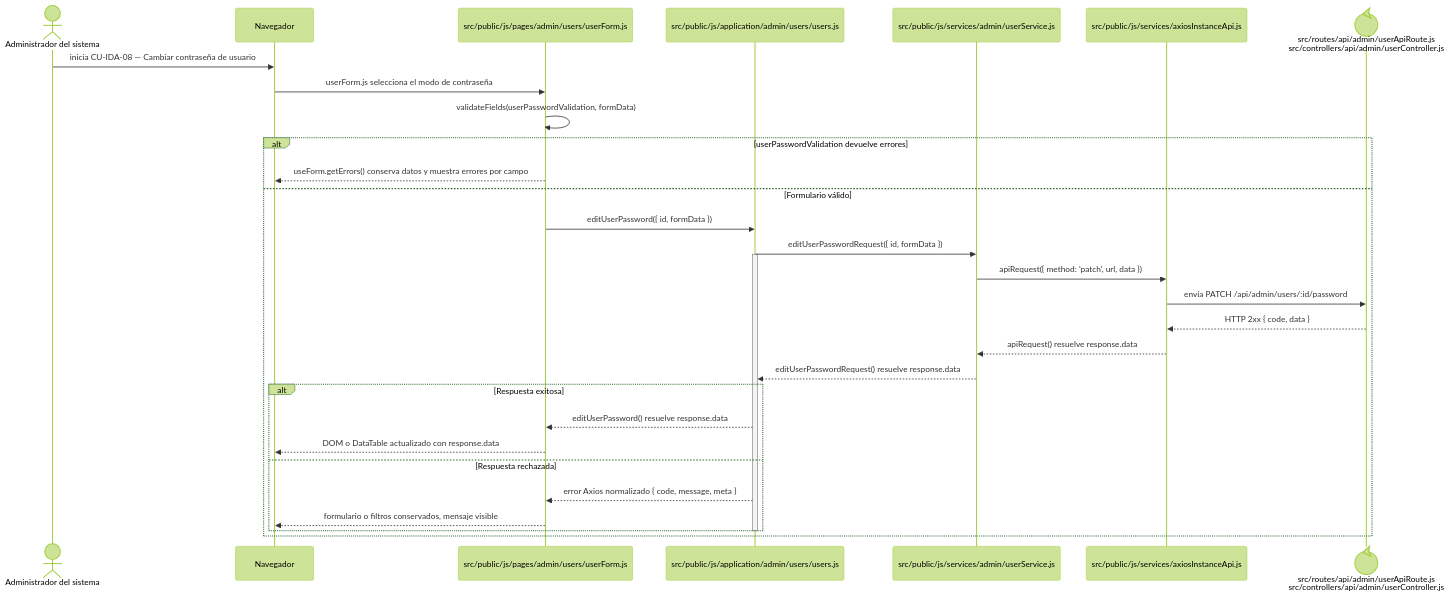
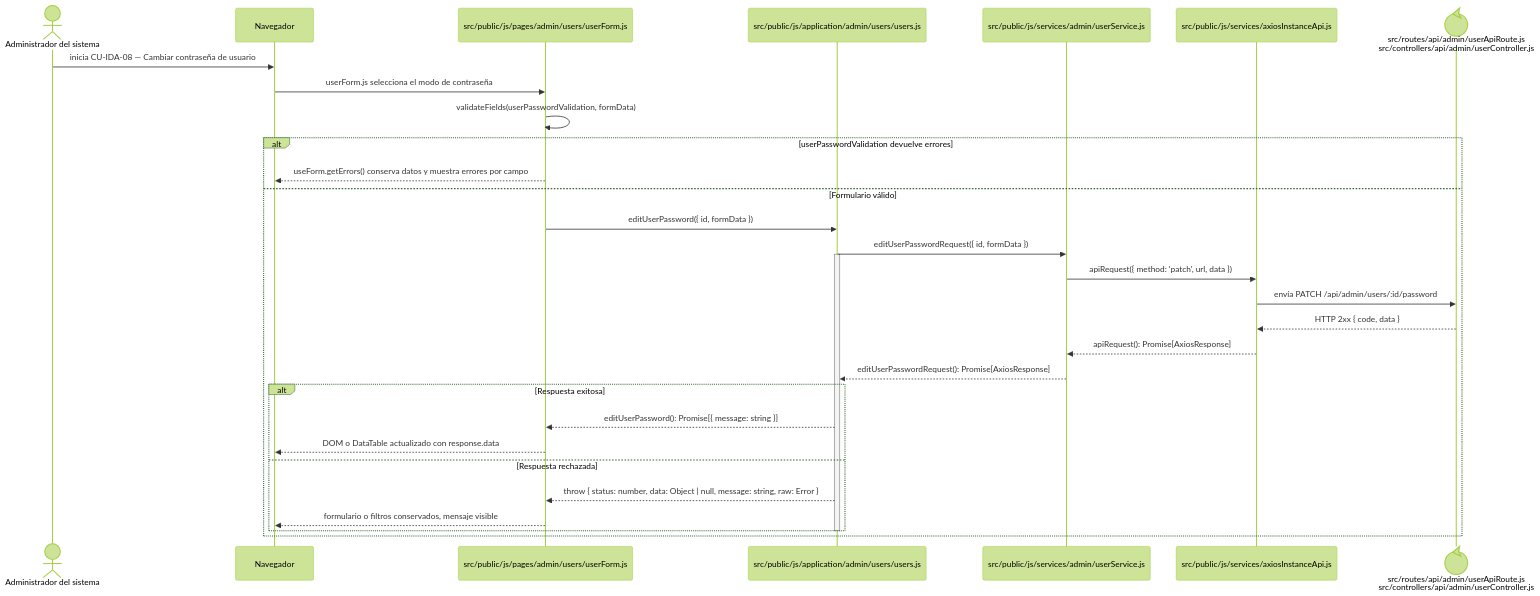
Before and after one commit to gpgsistemas01/nexus: the diagram in docs/architecture/frontend-code-sequences/identity-access/cu-ida-08.md, drawn with Mermaid (forest theme). The commit also changed 146 other files, not shown here.

````diff
--- a/docs/architecture/frontend-code-sequences/identity-access/cu-ida-08.md
+++ b/docs/architecture/frontend-code-sequences/identity-access/cu-ida-08.md
@@ -6,34 +6,34 @@
 ```mermaid
 sequenceDiagram
     actor Initiator as Administrador del sistema
     participant Browser as Navegador
     participant View as src/public/js/pages/admin/users/userForm.js
     participant Application as src/public/js/application/admin/users/users.js
     participant Request as src/public/js/services/admin/userService.js
     participant HTTP as src/public/js/services/axiosInstanceApi.js
     participant Transport@{ "type": "control" } as src/routes/api/admin/userApiRoute.js<br/>src/controllers/api/admin/userController.js
 
     Initiator->>Browser: inicia CU-IDA-08 — Cambiar contraseña de usuario
     Browser->>View: userForm.js selecciona el modo de contraseña
     View->>View: validateFields(userPasswordValidation, formData)
     alt userPasswordValidation devuelve errores
         View-->>Browser: useForm.getErrors() conserva datos y muestra errores por campo
     else Formulario válido
         View->>Application: editUserPassword({ id, formData })
         Application->>Request: editUserPasswordRequest({ id, formData })
         activate Application
         Request->>HTTP: apiRequest({ method: 'patch', url, data })
         HTTP->>Transport: envía PATCH /api/admin/users/:id/password
         Transport-->>HTTP: HTTP 2xx { code, data }
-        HTTP-->>Request: apiRequest() resuelve response.data
-        Request-->>Application: editUserPasswordRequest() resuelve response.data
+        HTTP-->>Request: apiRequest(): Promise[AxiosResponse]
+        Request-->>Application: editUserPasswordRequest(): Promise[AxiosResponse]
         alt Respuesta exitosa
-            Application-->>View: editUserPassword() resuelve response.data
+            Application-->>View: editUserPassword(): Promise[{ message: string }]
             View-->>Browser: DOM o DataTable actualizado con response.data
         else Respuesta rechazada
-            Application-->>View: error Axios normalizado { code, message, meta }
+            Application-->>View: throw { status: number, data: Object | null, message: string, raw: Error }
             View-->>Browser: formulario o filtros conservados, mensaje visible
         end
         deactivate Application
     end
 ```
````
